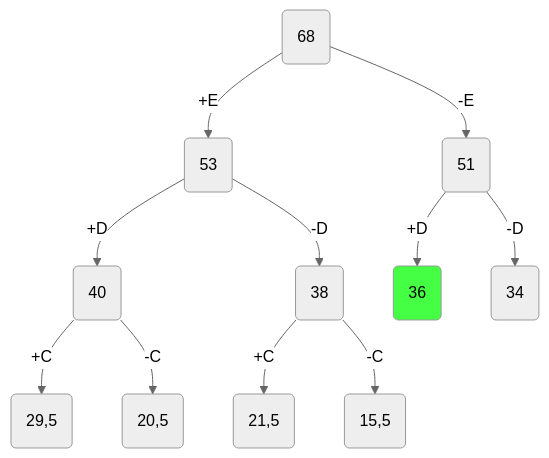
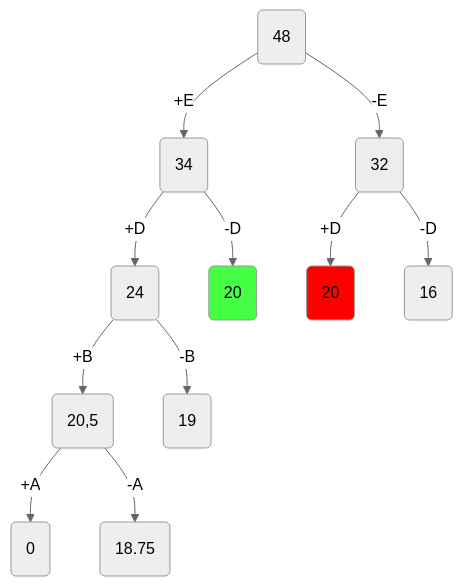
Before and after one commit to ggpillow/algorithm: the fifth of 10 diagrams in 18task.md, drawn with Mermaid (neutral theme). The commit also changed other lines of this file, not shown here.

````diff
--- a/18task.md
+++ b/18task.md
@@ -188,26 +226,27 @@
 ``` mermaid
 flowchart TD
-A(68)
-B(53)
-C(51)
-D(40)
-E(38)
-F(36)
-G(34)
-H(29,5)
-I(20,5)
-J(21,5)
-K(15,5)
+A(48)
+B(34)
+C(32)
+D(24)
+E(20)
+F(20)
+G(16)
+H(20,5)
+I(19)
+J(0)
+K(18.75)
 A -- +E--> B
 A -- -E--> C
 B -- +D--> D
 B -- -D--> E
 C -- +D--> F
 C -- -D--> G
-D -- +C--> H
-D -- -C--> I
-E -- +C--> J
-E -- -C--> K
+D -- +B--> H
+D -- -B--> I
+H -- +A--> J
+H -- -A--> K
 
-style F fill:#4f4f
+style E fill:#4f4f
+style F fill:#FF0000
 ```
````
